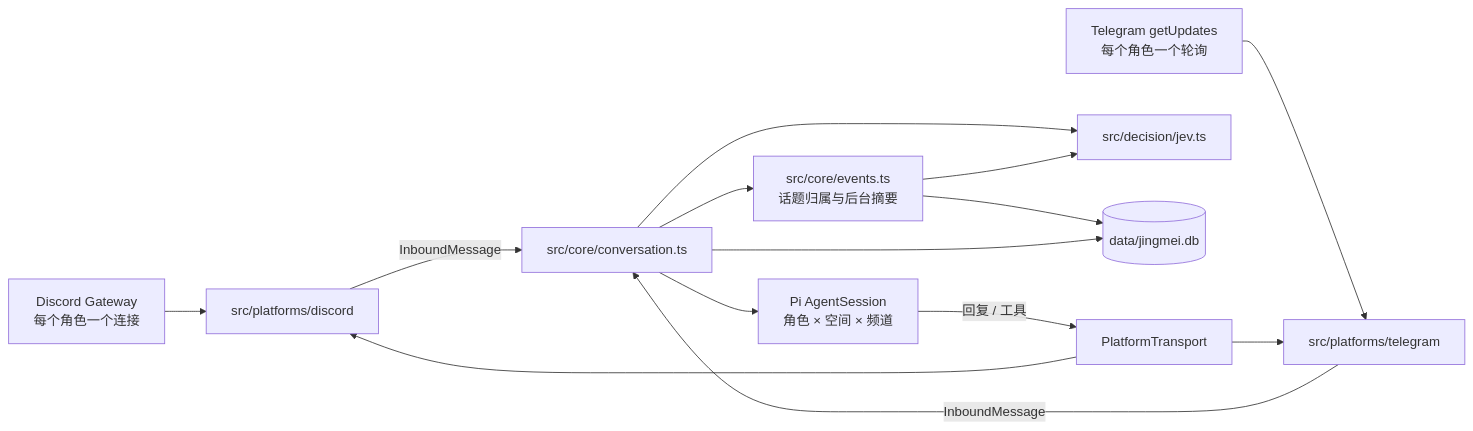
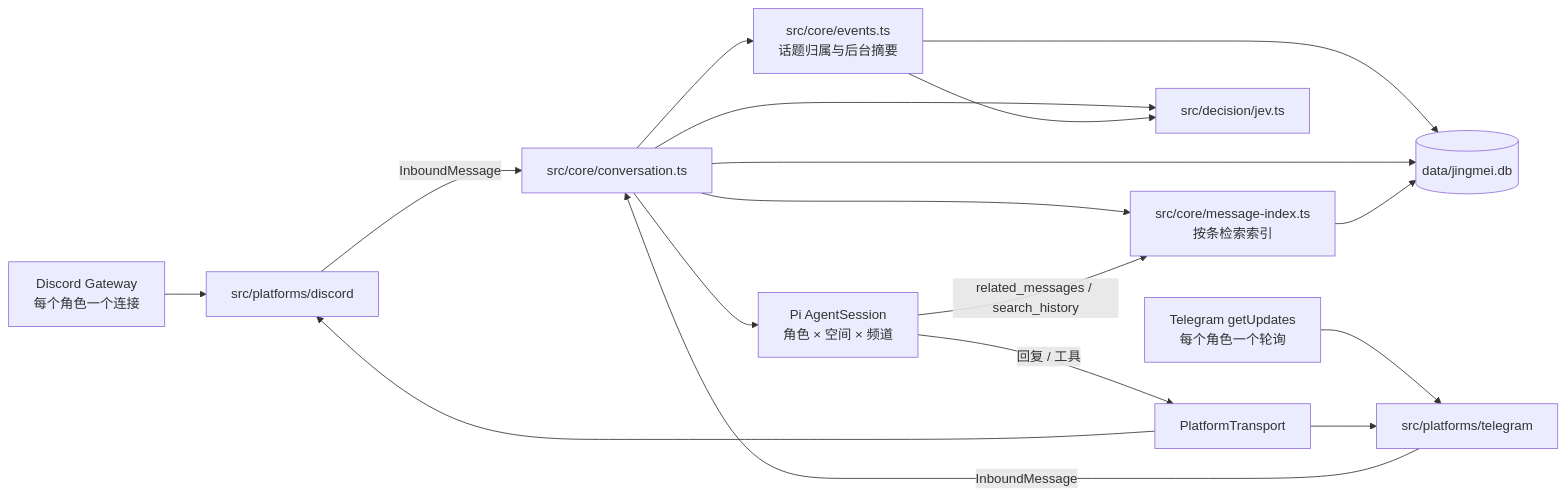
Before and after one commit to beiwater/jingmei: the first of 2 diagrams in docs/architecture.md, drawn with Mermaid. The commit also changed other lines of this file and 29 other files, not shown here.

First line of the commit message:
Replace full-history sessions with a recent window, message index and history tools

````diff
--- a/docs/architecture.md
+++ b/docs/architecture.md
@@ -9,16 +9,19 @@
 ```mermaid
 flowchart LR
   DG[Discord Gateway<br/>每个角色一个连接] --> DA[src/platforms/discord]
   TG[Telegram getUpdates<br/>每个角色一个轮询] --> TA[src/platforms/telegram]
   DA -- InboundMessage --> C[src/core/conversation.ts]
   TA -- InboundMessage --> C
   C --> S[Pi AgentSession<br/>角色 × 空间 × 频道]
   C --> J[src/decision/jev.ts]
   C --> EV[src/core/events.ts<br/>话题归属与后台摘要]
   EV --> J
   EV --> DB
   C --> DB[(data/jingmei.db)]
+  C --> MI[src/core/message-index.ts<br/>按条检索索引]
+  MI --> DB
+  S -- related_messages / search_history --> MI
   S -- 回复 / 工具 --> PT[PlatformTransport]
   PT --> DA
   PT --> TA
 ```
````
